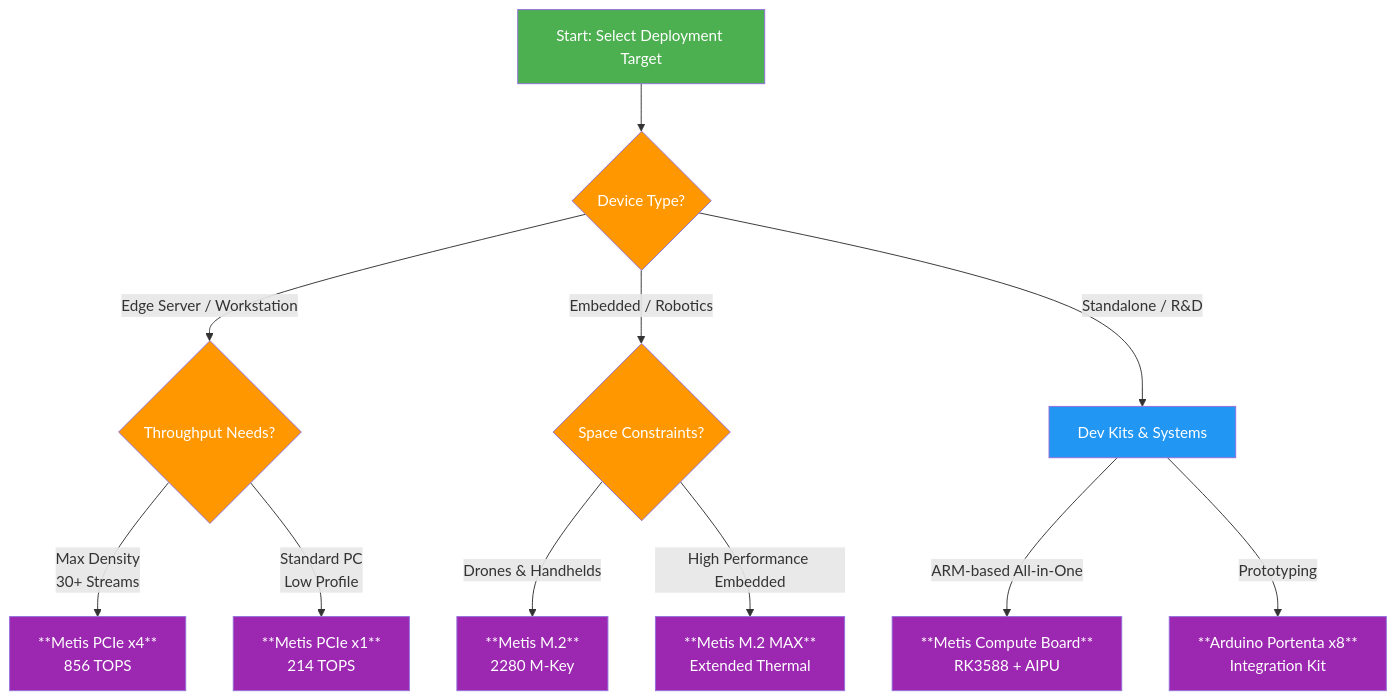
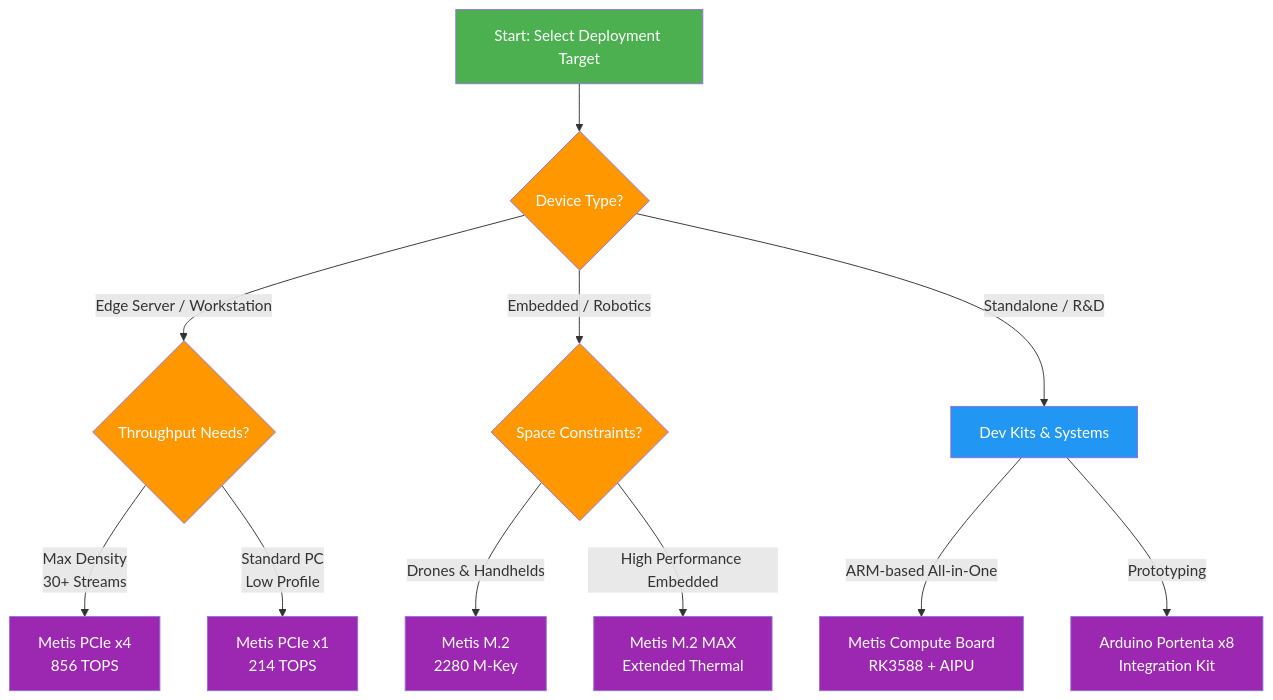
The diagram in docs/en/integrations/axelera.md (ultralytics/ultralytics), drawn with Mermaid before and after one commit. The commit also changed 1 other file, not shown here.

Commit message:
drop literal bold markers from axelera diagram labels and scope yolo26 nms-free head as optional

````diff
--- a/docs/en/integrations/axelera.md
+++ b/docs/en/integrations/axelera.md
@@ -19,26 +19,26 @@
 ```mermaid
 graph TD
     A[Start: Select Deployment Target]:::start --> B{Device Type?}:::decide
     B -->|Edge Server / Workstation| C{Throughput Needs?}:::decide
     B -->|Embedded / Robotics| D{Space Constraints?}:::decide
     B -->|Standalone / R&D| E[Dev Kits & Systems]:::proc
 
-    C -->|Max Density <br> 30+ Streams| F[**Metis PCIe x4**<br>856 TOPS]:::out
-    C -->|Standard PC <br> Low Profile| G[**Metis PCIe x1**<br>214 TOPS]:::out
+    C -->|Max Density <br> 30+ Streams| F[Metis PCIe x4<br>856 TOPS]:::out
+    C -->|Standard PC <br> Low Profile| G[Metis PCIe x1<br>214 TOPS]:::out
 
-    D -->|Drones & Handhelds| H[**Metis M.2**<br>2280 M-Key]:::out
-    D -->|High Performance Embedded| I[**Metis M.2 MAX**<br>Extended Thermal]:::out
+    D -->|Drones & Handhelds| H[Metis M.2<br>2280 M-Key]:::out
+    D -->|High Performance Embedded| I[Metis M.2 MAX<br>Extended Thermal]:::out
 
-    E -->|ARM-based All-in-One| J[**Metis Compute Board**<br>RK3588 + AIPU]:::out
-    E -->|Prototyping| K[**Arduino Portenta x8**<br>Integration Kit]:::out
+    E -->|ARM-based All-in-One| J[Metis Compute Board<br>RK3588 + AIPU]:::out
+    E -->|Prototyping| K[Arduino Portenta x8<br>Integration Kit]:::out
 
     click F "https://store.axelera.ai/"
     click G "https://store.axelera.ai/"
     click H "https://store.axelera.ai/"
     click J "https://store.axelera.ai/"
 
     classDef start fill:#4CAF50,color:#fff
     classDef proc fill:#2196F3,color:#fff
     classDef decide fill:#FF9800,color:#fff
     classDef out fill:#9C27B0,color:#fff
 ```
````
